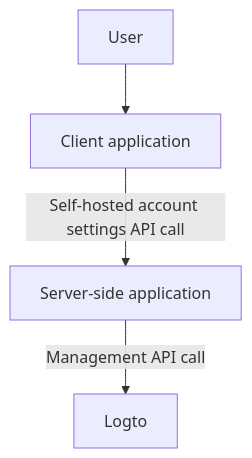
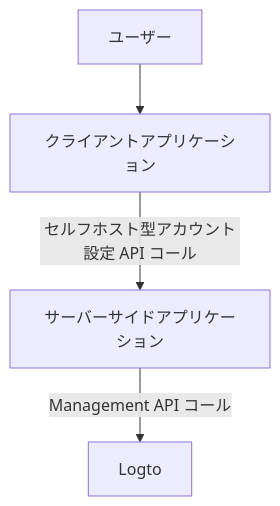
One commit to logto-io/docs changed the first of 3 diagrams in i18n/ja/docusaurus-plugin-content-docs/current/end-user-flows/account-settings/by-management-api.mdx. Above: the diagram before and after it, drawn with Mermaid. The commit also changed other lines of this file and 162 other files, not shown here.

````diff
--- a/i18n/ja/docusaurus-plugin-content-docs/current/end-user-flows/account-settings/by-management-api.mdx
+++ b/i18n/ja/docusaurus-plugin-content-docs/current/end-user-flows/account-settings/by-management-api.mdx
@@ -13,6 +13,6 @@
 ```mermaid
   graph TB
-    A[User] --> B[Client application]
-    B -->|Self-hosted account settings API call|C[Server-side application]
-    C -->|Management API call| D[Logto]
+    A[ユーザー] --> B[クライアントアプリケーション]
+    B -->|セルフホスト型アカウント設定 API コール|C[サーバーサイドアプリケーション]
+    C -->|Management API コール| D[Logto]
 ```
````
